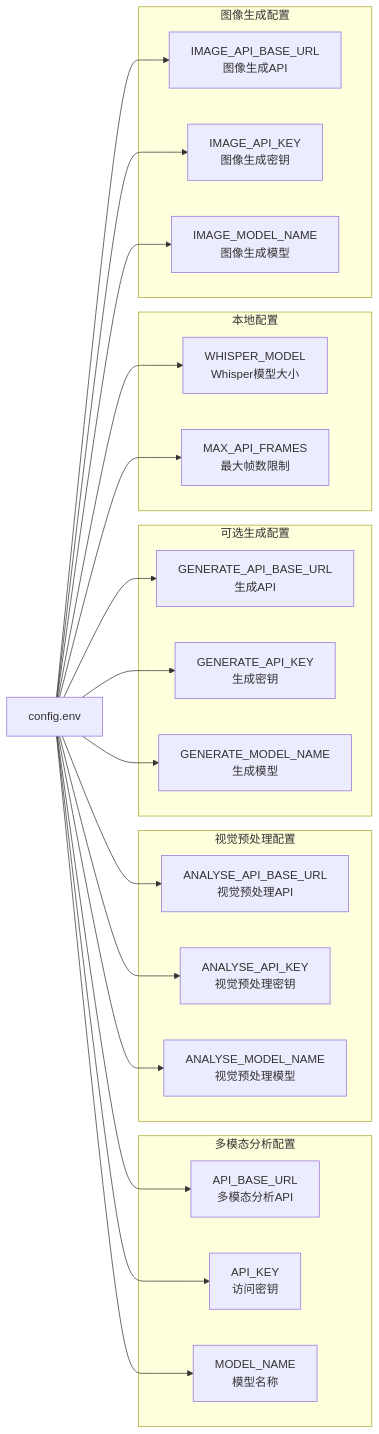
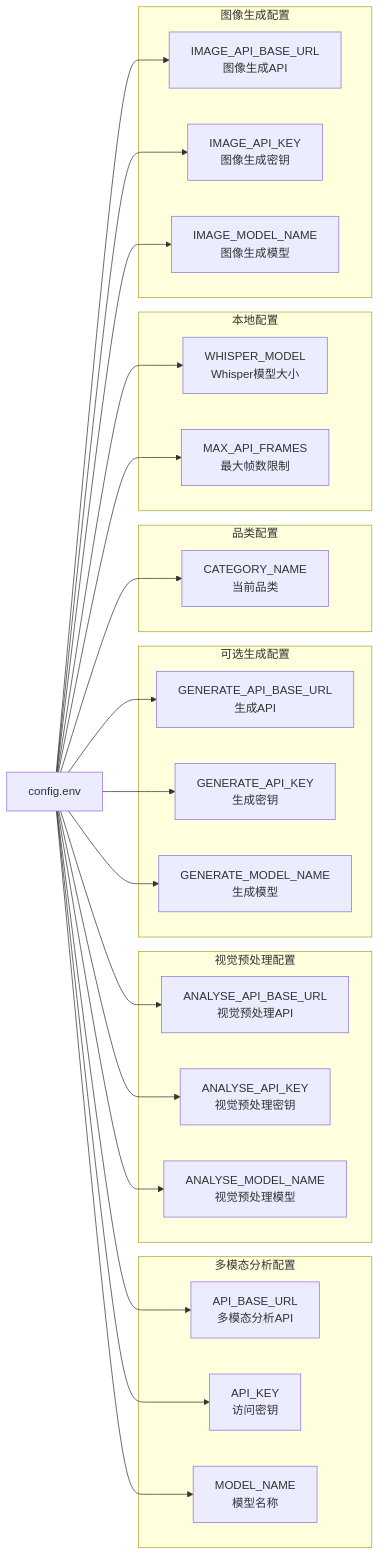
One commit to WongMingJiu/landingpage-test-hero-page changed the seventh of 23 diagrams in .qoder/repowiki/zh/content/配置和定制/配置和定制.md. Above: the diagram before and after it, drawn with Mermaid. The commit also changed other lines of this file and 6 other files, not shown here.

````diff
--- a/.qoder/repowiki/zh/content/配置和定制/配置和定制.md
+++ b/.qoder/repowiki/zh/content/配置和定制/配置和定制.md
@@ -317,41 +383,45 @@
 ```mermaid
 graph LR
 subgraph "多模态分析配置"
 BaseURL[API_BASE_URL<br/>多模态分析API]
 APIKey[API_KEY<br/>访问密钥]
 ModelName[MODEL_NAME<br/>模型名称]
 end
 subgraph "视觉预处理配置"
 AnalyseBaseURL[ANALYSE_API_BASE_URL<br/>视觉预处理API]
 AnalyseAPIKey[ANALYSE_API_KEY<br/>视觉预处理密钥]
 AnalyseModelName[ANALYSE_MODEL_NAME<br/>视觉预处理模型]
 end
 subgraph "可选生成配置"
 GenBaseURL[GENERATE_API_BASE_URL<br/>生成API]
 GenAPIKey[GENERATE_API_KEY<br/>生成密钥]
 GenModelName[GENERATE_MODEL_NAME<br/>生成模型]
+end
+subgraph "品类配置"
+CategoryName[CATEGORY_NAME<br/>当前品类]
 end
 subgraph "本地配置"
 WhisperModel[WHISPER_MODEL<br/>Whisper模型大小]
 MaxFrames[MAX_API_FRAMES<br/>最大帧数限制]
 end
 subgraph "图像生成配置"
 ImageBaseURL[IMAGE_API_BASE_URL<br/>图像生成API]
 ImageAPIKey[IMAGE_API_KEY<br/>图像生成密钥]
 ImageModelName[IMAGE_MODEL_NAME<br/>图像生成模型]
 end
 ConfigFile[config.env] --> BaseURL
 ConfigFile --> APIKey
 ConfigFile --> ModelName
 ConfigFile --> AnalyseBaseURL
 ConfigFile --> AnalyseAPIKey
 ConfigFile --> AnalyseModelName
 ConfigFile --> GenBaseURL
 ConfigFile --> GenAPIKey
 ConfigFile --> GenModelName
+ConfigFile --> CategoryName
 ConfigFile --> WhisperModel
 ConfigFile --> MaxFrames
 ConfigFile --> ImageBaseURL
 ConfigFile --> ImageAPIKey
 ConfigFile --> ImageModelName
 ```
````
